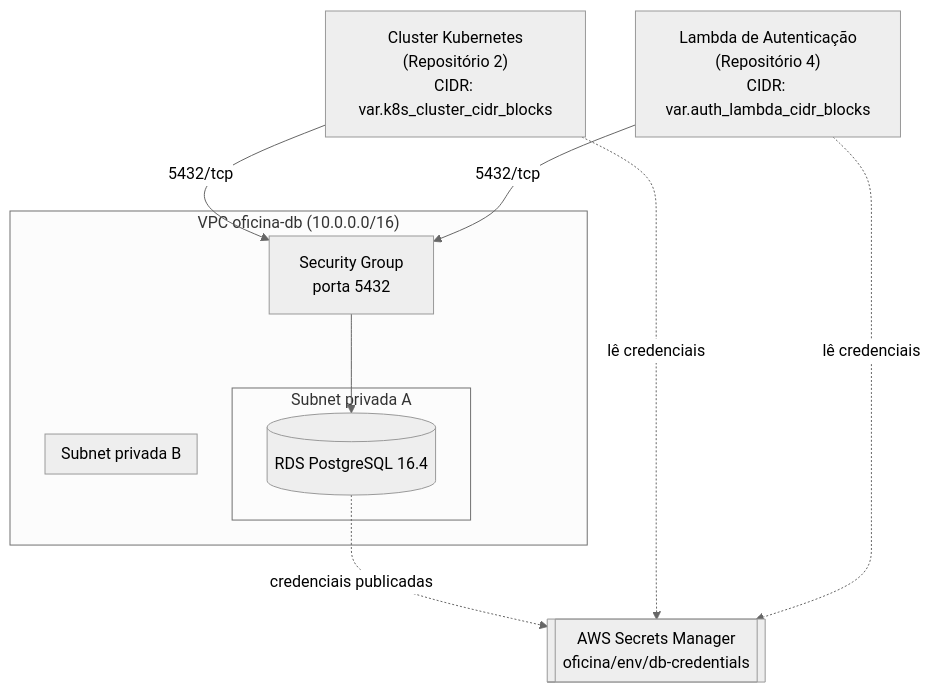
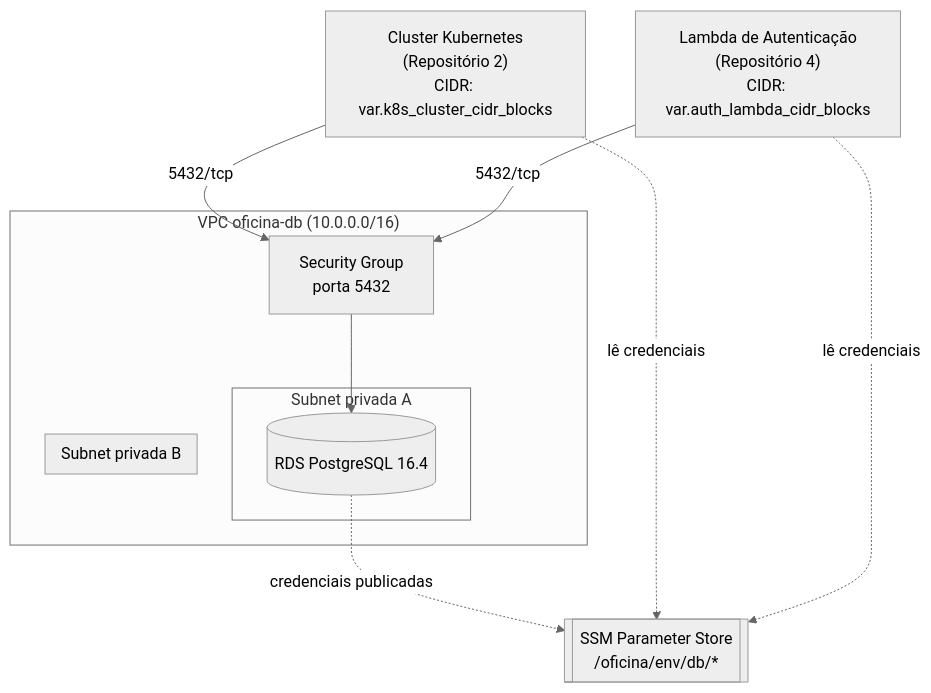
One commit to marcosrenansilvafaria-afk/oficina-db-infrastructure changed the diagram in README.md. Above: the diagram before and after it, drawn with Mermaid (neutral theme). The commit also changed other lines of this file and 2 other files, not shown here.

First line of the commit message:
refactor: substitui AWS Secrets Manager por SSM Parameter Store

````diff
--- a/README.md
+++ b/README.md
@@ -48,19 +48,19 @@
 ```mermaid
 flowchart TB
     subgraph VPC["VPC oficina-db (10.0.0.0/16)"]
         subgraph SubA["Subnet privada A"]
             RDS[(RDS PostgreSQL 16.4)]
         end
         subgraph SubB["Subnet privada B"]
         end
         SG["Security Group\nporta 5432"]
         SG --> RDS
     end
 
     K8S["Cluster Kubernetes\n(Repositório 2)\nCIDR: var.k8s_cluster_cidr_blocks"] -- "5432/tcp" --> SG
     LAMBDA["Lambda de Autenticação\n(Repositório 4)\nCIDR: var.auth_lambda_cidr_blocks"] -- "5432/tcp" --> SG
 
-    RDS -. "credenciais publicadas" .-> SM[["AWS Secrets Manager\noficina/env/db-credentials"]]
+    RDS -. "credenciais publicadas" .-> SM[["SSM Parameter Store\n/oficina/env/db/*"]]
     K8S -. "lê credenciais" .-> SM
     LAMBDA -. "lê credenciais" .-> SM
 ```
````
